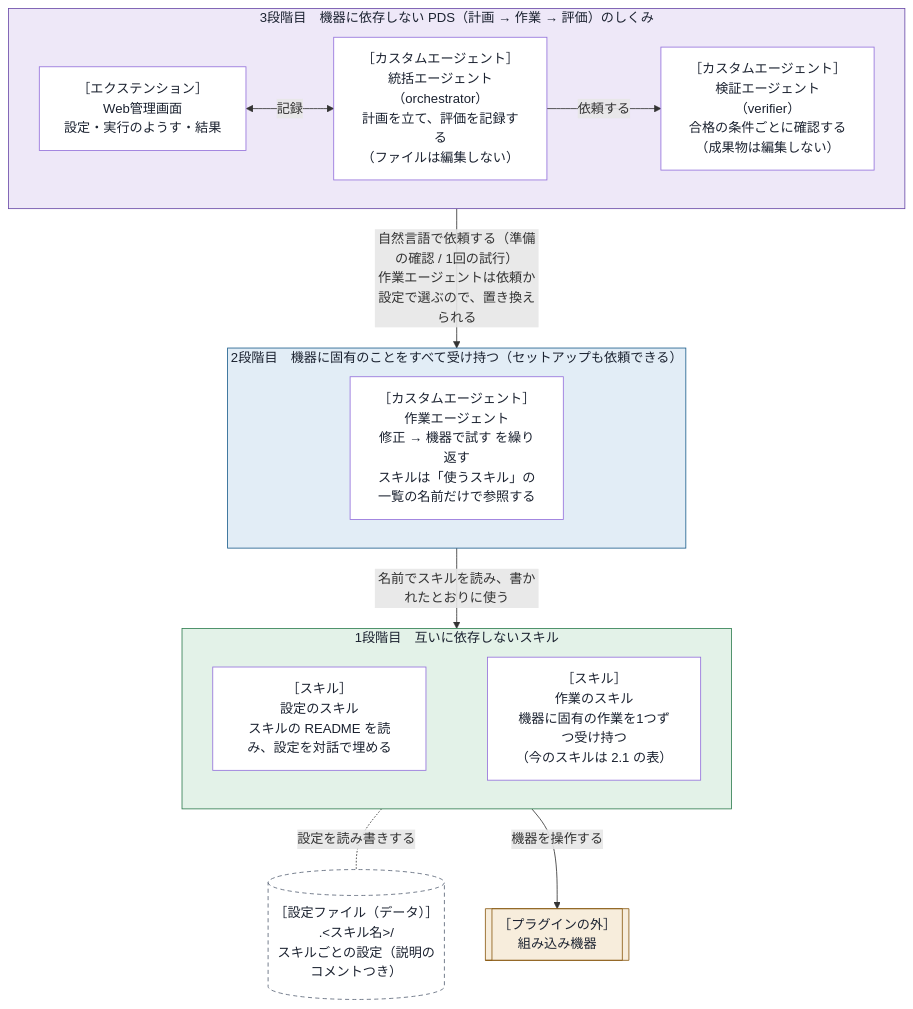
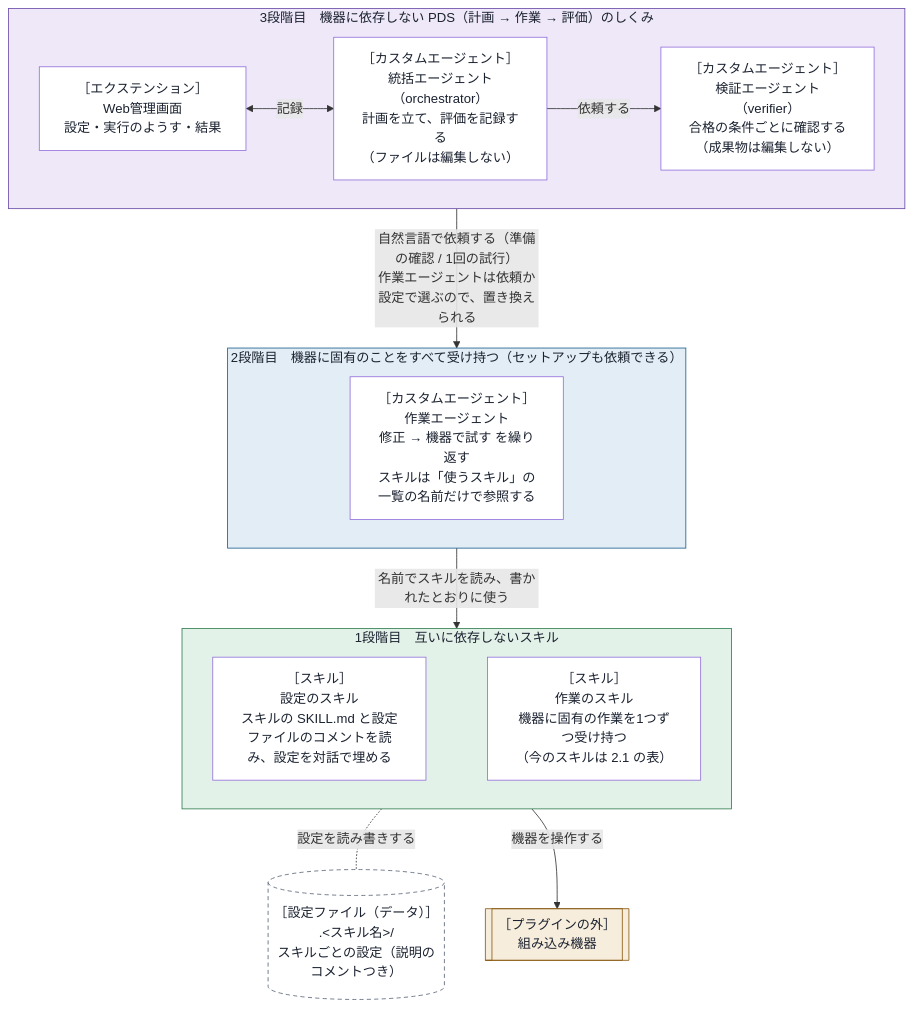
Before and after one commit to xclang-brain/plugin-market-place: the diagram in plugins/embedded-debug-loop/docs/design/design.md, drawn with Mermaid. The commit also changed other lines of this file and 18 other files, not shown here.

````diff
--- a/plugins/embedded-debug-loop/docs/design/design.md
+++ b/plugins/embedded-debug-loop/docs/design/design.md
@@ -20,40 +20,40 @@
 ```mermaid
 flowchart TB
     subgraph L3["3段階目　機器に依存しない PDS（計画 → 作業 → 評価）のしくみ"]
         direction LR
         UI["［エクステンション］<br/>Web管理画面<br/>設定・実行のようす・結果"]
         ORC["［カスタムエージェント］<br/>統括エージェント（orchestrator）<br/>計画を立て、評価を記録する<br/>（ファイルは編集しない）"]
         VER["［カスタムエージェント］<br/>検証エージェント（verifier）<br/>合格の条件ごとに確認する<br/>（成果物は編集しない）"]
         UI <-- "記録" --> ORC
         ORC -- "依頼する" --> VER
     end
 
     subgraph L2["2段階目　機器に固有のことをすべて受け持つ（セットアップも依頼できる）"]
         WRK["［カスタムエージェント］<br/>作業エージェント<br/>修正 → 機器で試す を繰り返す<br/>スキルは「使うスキル」の一覧の名前だけで参照する"]
     end
 
     subgraph L1["1段階目　互いに依存しないスキル"]
         direction LR
-        SETUP["［スキル］<br/>設定のスキル<br/>スキルの README を読み、設定を対話で埋める"]
+        SETUP["［スキル］<br/>設定のスキル<br/>スキルの SKILL.md と設定ファイルのコメントを読み、設定を対話で埋める"]
         WORKS["［スキル］<br/>作業のスキル<br/>機器に固有の作業を1つずつ受け持つ<br/>（今のスキルは 2.1 の表）"]
         SETUP ~~~ WORKS
     end
 
     CFG[("［設定ファイル（データ）］<br/>.#lt;スキル名#gt;/<br/>スキルごとの設定（説明のコメントつき）")]
     DEV[["［プラグインの外］<br/>組み込み機器"]]
 
     L3 -- "自然言語で依頼する（準備の確認 / 1回の試行）<br/>作業エージェントは依頼か設定で選ぶので、置き換えられる" --> L2
     L2 -- "名前でスキルを読み、書かれたとおりに使う" --> L1
     L1 -. "設定を読み書きする" .- CFG
     L1 -- "機器を操作する" --> DEV
 
     style L3 fill:#eee8f8,stroke:#6a4aa8,color:#1b2230
     style L2 fill:#e2edf6,stroke:#1d5e8c,color:#1b2230
     style L1 fill:#e3f2e8,stroke:#2f7d4f,color:#1b2230
     classDef node fill:#ffffff,color:#1b2230
     classDef dev fill:#f7eddc,stroke:#8a5a12,color:#1b2230
     classDef cfg fill:#ffffff,stroke:#586275,color:#1b2230,stroke-dasharray:5 4
     class UI,ORC,VER,WRK,SETUP,WORKS node
     class DEV dev
     class CFG cfg
 ```
````
